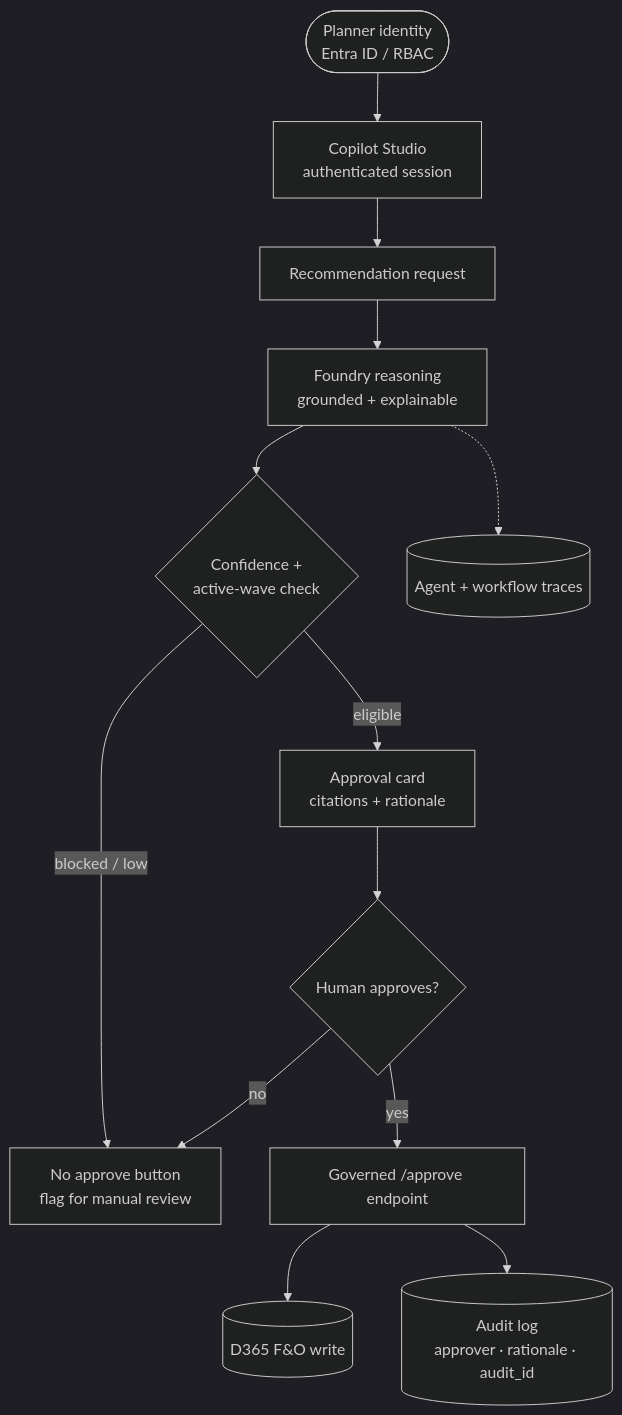
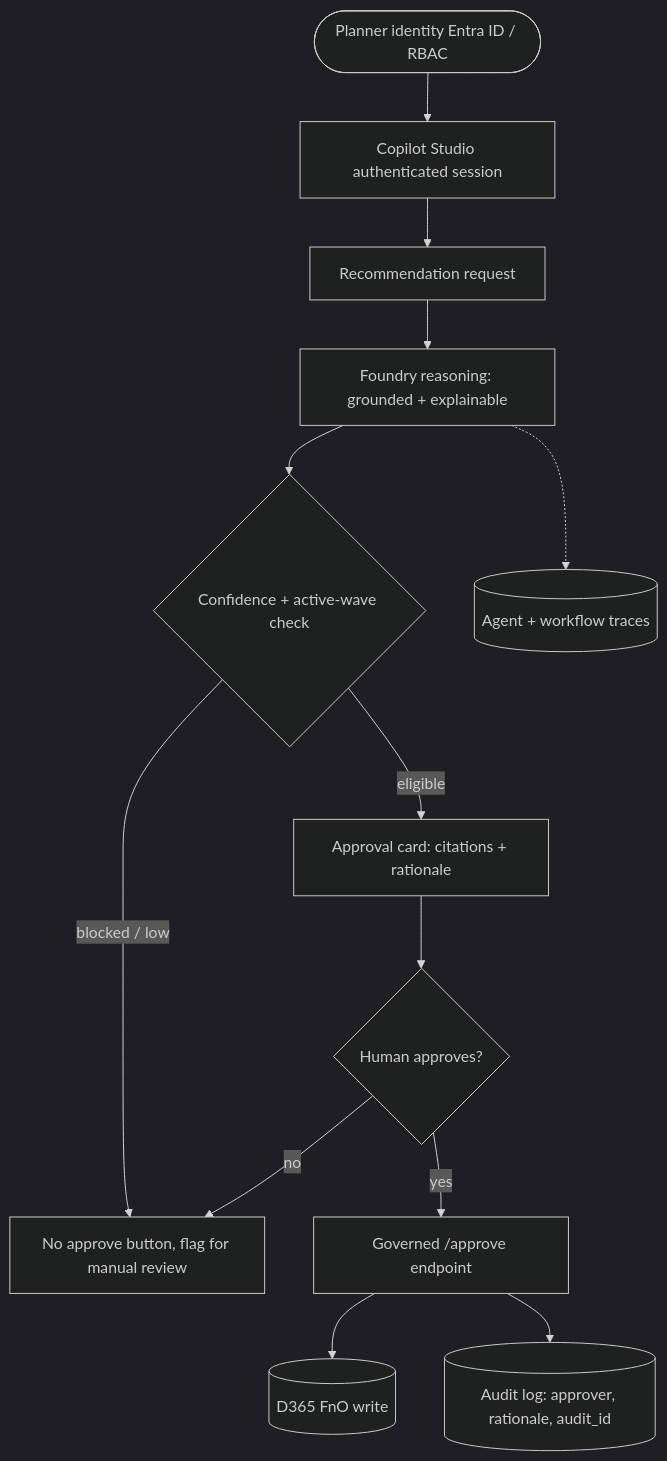
Before and after one commit to honestypugh2/warehouse-replenishment-ai-demo: the sixth of 7 diagrams in docs/07-demo-options.md, drawn with Mermaid (dark theme). The commit also changed other lines of this file and 3 other files, not shown here.

First line of the commit message:
fix: resolve Mermaid rendering in all docs

````diff
--- a/docs/07-demo-options.md
+++ b/docs/07-demo-options.md
@@ -351,15 +351,15 @@
 ```mermaid
 flowchart TD
-    U([Planner identity<br/>Entra ID / RBAC]) --> CS[Copilot Studio<br/>authenticated session]
+    U(["Planner identity Entra ID / RBAC"]) --> CS["Copilot Studio authenticated session"]
     CS --> REQ[Recommendation request]
-    REQ --> F[Foundry reasoning<br/>grounded + explainable]
-    F --> SCORE{Confidence +<br/>active-wave check}
-    SCORE -->|blocked / low| HOLD[No approve button<br/>flag for manual review]
-    SCORE -->|eligible| CARD[Approval card<br/>citations + rationale]
+    REQ --> F["Foundry reasoning: grounded + explainable"]
+    F --> SCORE{"Confidence + active-wave check"}
+    SCORE -->|blocked / low| HOLD["No approve button, flag for manual review"]
+    SCORE -->|eligible| CARD["Approval card: citations + rationale"]
     CARD --> H{Human approves?}
     H -->|no| HOLD
-    H -->|yes| WRITE[Governed /approve endpoint]
-    WRITE --> D365[(D365 F&O write)]
-    WRITE --> AUDIT[(Audit log<br/>approver · rationale · audit_id)]
+    H -->|yes| WRITE["Governed /approve endpoint"]
+    WRITE --> D365[("D365 FnO write")]
+    WRITE --> AUDIT[("Audit log: approver, rationale, audit_id")]
     F -.-> TRACE[(Agent + workflow traces)]
 ```
````
